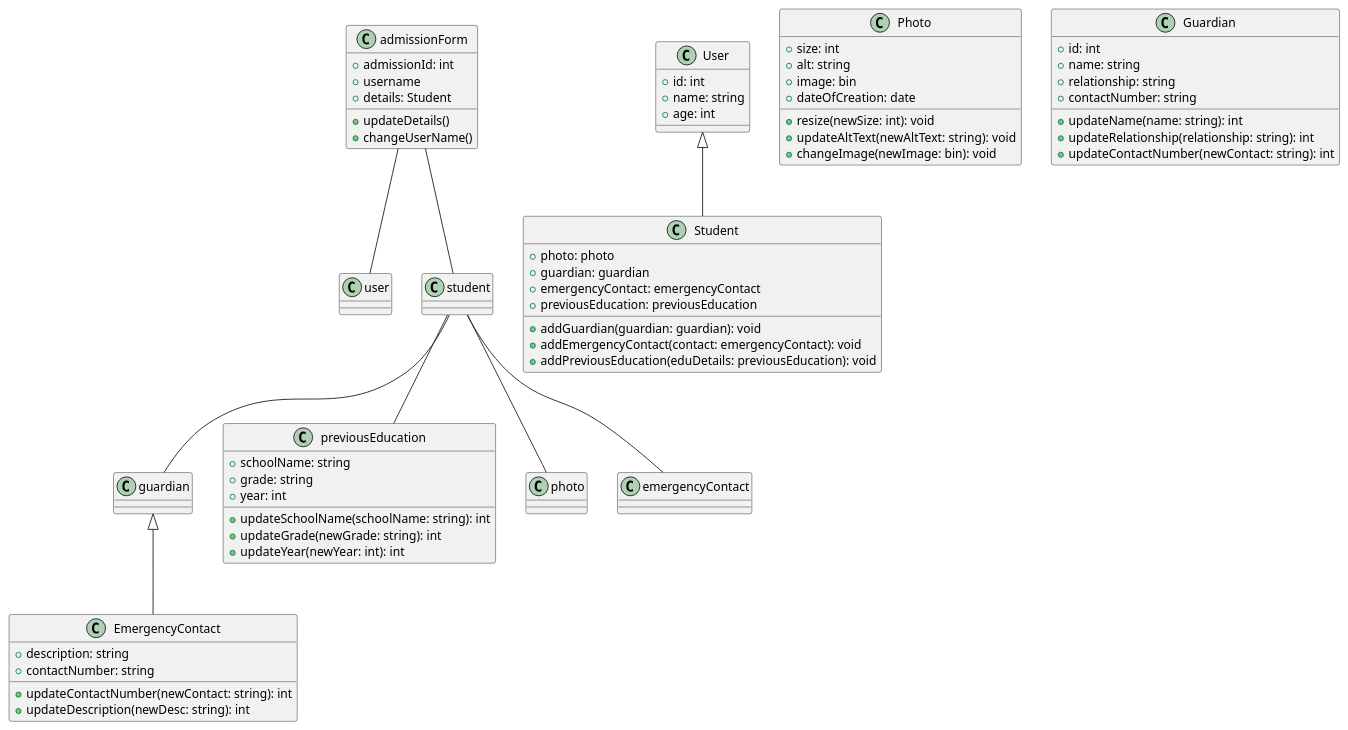
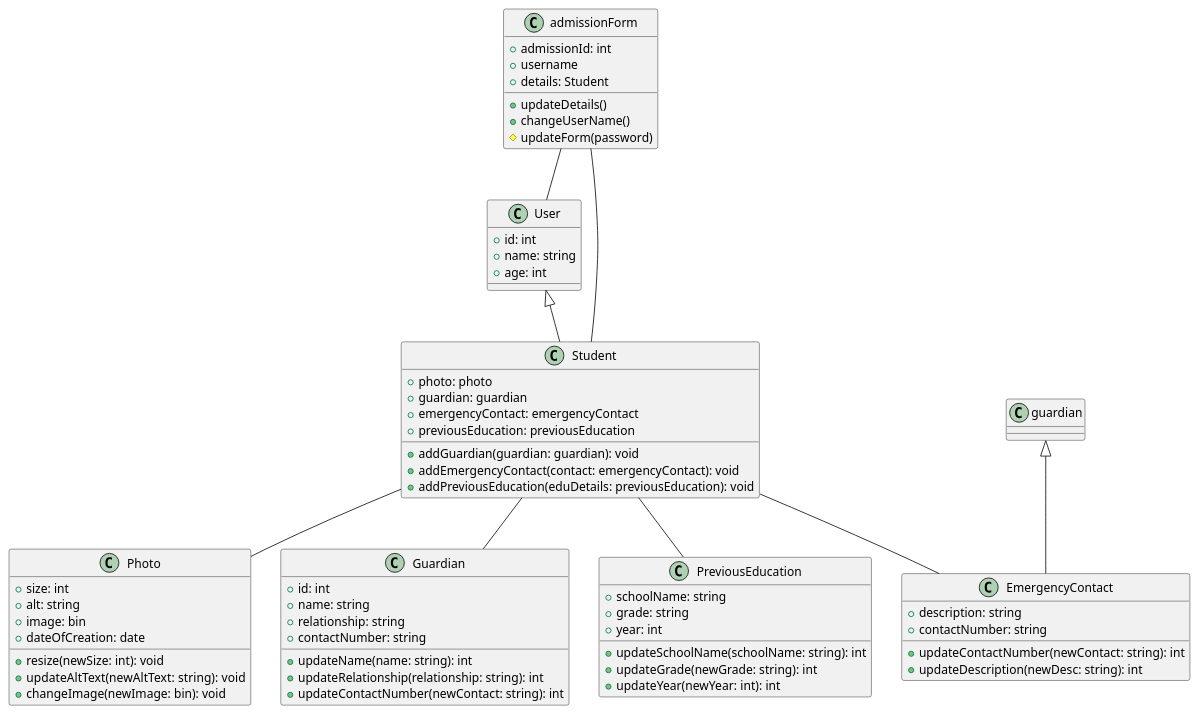
One commit to anshium/DASS-Assignment-3-IMS-System-Design changed the diagram in admissions.plantuml. Above: the diagram before and after it, drawn with PlantUML.

Commit message:
update indent

```diff
--- a/admissions.plantuml
+++ b/admissions.plantuml
@@ -1,75 +1,77 @@
 @startuml admissions
 
 class admissionForm {
 	+ admissionId: int
 	+ username
 	+ details: Student
 
 	+ updateDetails()
 	+ changeUserName()
+	' See this
+	# updateForm(password)
 }
 
 class User {
-  + id: int
-  + name: string
-  + age: int
+	+ id: int
+	+ name: string
+	+ age: int
 }
 
 class Student extends User{
-  + photo: photo
-  + guardian: guardian
-  + emergencyContact: emergencyContact
-  + previousEducation: previousEducation
+	+ photo: photo
+	+ guardian: guardian
+	+ emergencyContact: emergencyContact
+	+ previousEducation: previousEducation
 
-  + addGuardian(guardian: guardian): void
-  + addEmergencyContact(contact: emergencyContact): void
-  + addPreviousEducation(eduDetails: previousEducation): void
+	+ addGuardian(guardian: guardian): void
+	+ addEmergencyContact(contact: emergencyContact): void
+	+ addPreviousEducation(eduDetails: previousEducation): void
 }
 
 class Photo {
-  + size: int
-  + alt: string
-  + image: bin
-  + dateOfCreation: date
-  + resize(newSize: int): void
-  + updateAltText(newAltText: string): void
-  + changeImage(newImage: bin): void
+	+ size: int
+	+ alt: string
+	+ image: bin
+	+ dateOfCreation: date
+	+ resize(newSize: int): void
+	+ updateAltText(newAltText: string): void
+	+ changeImage(newImage: bin): void
 }
 
 class Guardian {
-  + id: int
-  + name: string
-  + relationship: string
-  + contactNumber: string
+	+ id: int
+	+ name: string
+	+ relationship: string
+	+ contactNumber: string
 
-  + updateName(name: string): int
-  + updateRelationship(relationship: string): int
-  + updateContactNumber(newContact: string): int
+	+ updateName(name: string): int
+	+ updateRelationship(relationship: string): int
+	+ updateContactNumber(newContact: string): int
 }
 
 class EmergencyContact extends guardian{
 	+ description: string
 	+ contactNumber: string
 
 	+ updateContactNumber(newContact: string): int
 	+ updateDescription(newDesc: string): int
 }
 
-class previousEducation {
-  + schoolName: string
-  + grade: string
-  + year: int
-  
-  + updateSchoolName(schoolName: string): int
-  + updateGrade(newGrade: string): int
-  + updateYear(newYear: int): int
+class PreviousEducation {
+	+ schoolName: string
+	+ grade: string
+	+ year: int
+	
+	+ updateSchoolName(schoolName: string): int
+	+ updateGrade(newGrade: string): int
+	+ updateYear(newYear: int): int
 }
 
-admissionForm -- user
-admissionForm -- student
-student -- photo
-student -- guardian
-student -- emergencyContact
-student -- previousEducation
+admissionForm -- User
+admissionForm -- Student
+Student -- Photo
+Student -- Guardian
+Student -- EmergencyContact
+Student -- PreviousEducation
 
 @enduml
```
